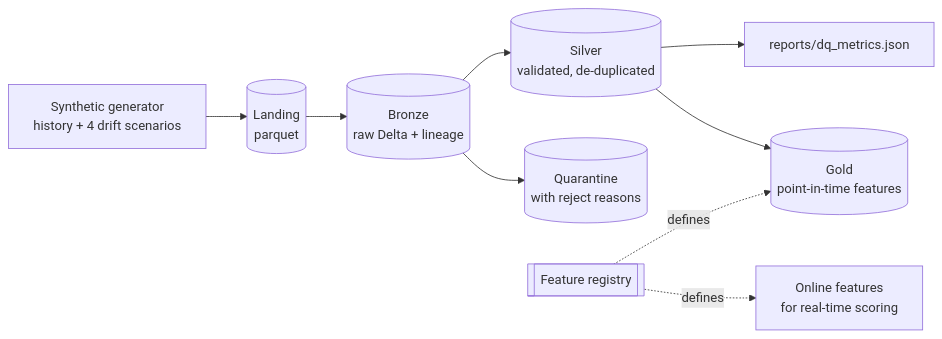
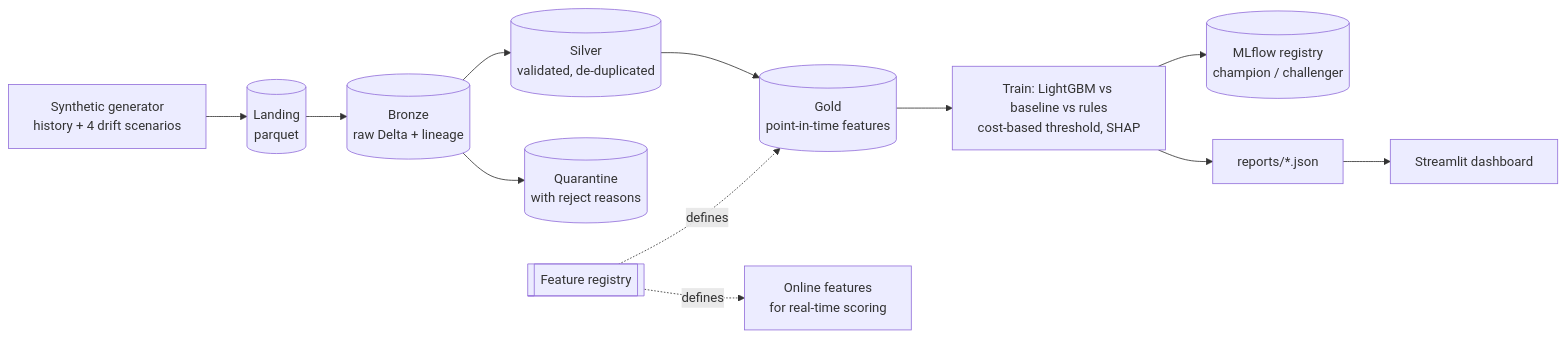
One commit to hsabaghpour/realtime-card-fraud-detection changed the diagram in README.md. Above: the diagram before and after it, drawn with Mermaid. The commit also changed other lines of this file and 28 other files, not shown here.

````diff
--- a/README.md
+++ b/README.md
@@ -48,11 +48,14 @@
 ```mermaid
 flowchart LR
     G[Synthetic generator<br/>history + 4 drift scenarios] --> L[(Landing<br/>parquet)]
     L --> B[(Bronze<br/>raw Delta + lineage)]
     B --> S[(Silver<br/>validated, de-duplicated)]
     B --> Q[(Quarantine<br/>with reject reasons)]
-    S --> DQ[reports/dq_metrics.json]
     S --> GF[(Gold<br/>point-in-time features)]
     R[[Feature registry]] -.defines.-> GF
     R -.defines.-> OF[Online features<br/>for real-time scoring]
+    GF --> T[Train: LightGBM vs baseline vs rules<br/>cost-based threshold, SHAP]
+    T --> M[(MLflow registry<br/>champion / challenger)]
+    T --> RP[reports/*.json]
+    RP --> APP[Streamlit dashboard]
 ```
````
